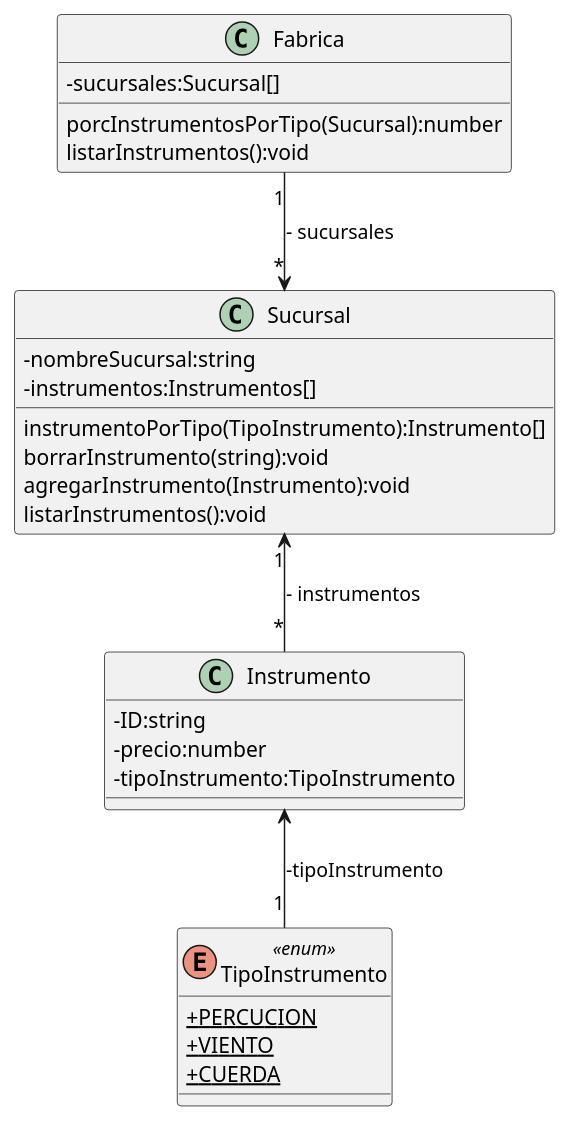
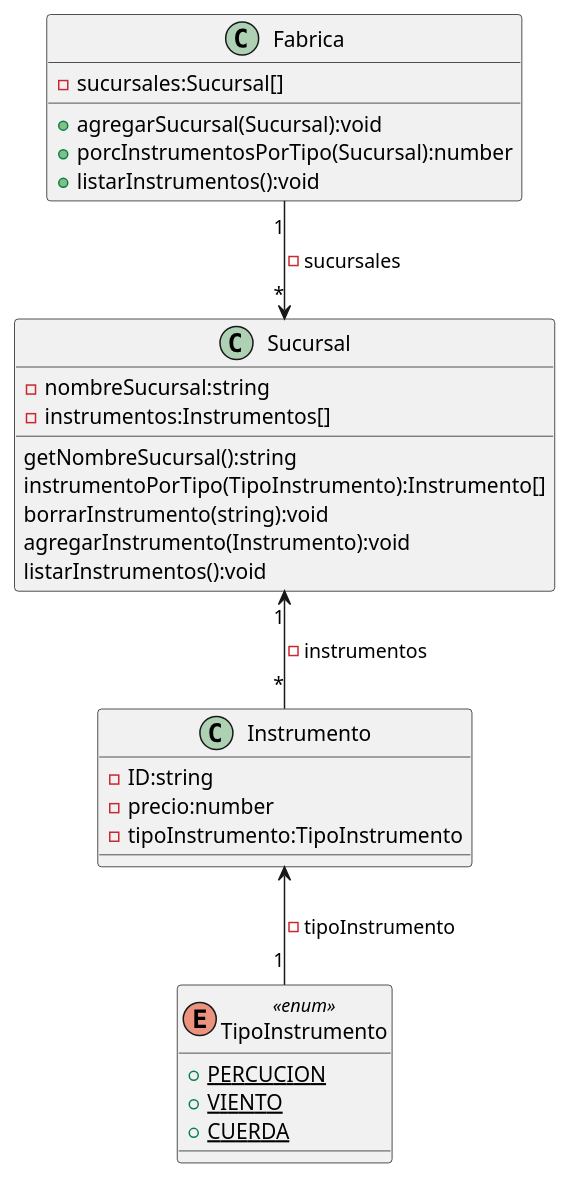
One commit to wilmansirit/UMLs changed the diagram in Fabrica/fabrica.puml. Above: the diagram before and after it, drawn with PlantUML. The commit also changed 5 other files, not shown here.

```diff
--- a/Fabrica/fabrica.puml
+++ b/Fabrica/fabrica.puml
@@ -1,42 +1,44 @@
 @startuml "La Fábrica"
-skinparam classAttributeIconSize 0
+
 
 class Fabrica {
     - sucursales:Sucursal[]
 
-    porcInstrumentosPorTipo(Sucursal):number
-    listarInstrumentos():void
+    + agregarSucursal(Sucursal):void
+    + porcInstrumentosPorTipo(Sucursal):number
+    + listarInstrumentos():void
 
 }
 
 class Sucursal {
     - nombreSucursal:string
     - instrumentos:Instrumentos[]
 
+    getNombreSucursal():string
     instrumentoPorTipo(TipoInstrumento):Instrumento[]
     borrarInstrumento(string):void
     agregarInstrumento(Instrumento):void
     listarInstrumentos():void
     
 }
 
 class Instrumento {
     - ID:string
     - precio:number
     - tipoInstrumento:TipoInstrumento
 
 }
 
 enum TipoInstrumento <<enum>> {
     {static} + PERCUCION
     {static} + VIENTO
     {static} + CUERDA
 }
 
 
 
 Fabrica "1" --> "*" Sucursal: "- sucursales"
 Sucursal "1" <-- "*" Instrumento: "- instrumentos"
 Instrumento <-- "1" TipoInstrumento: "-tipoInstrumento"
 
 @enduml
```
